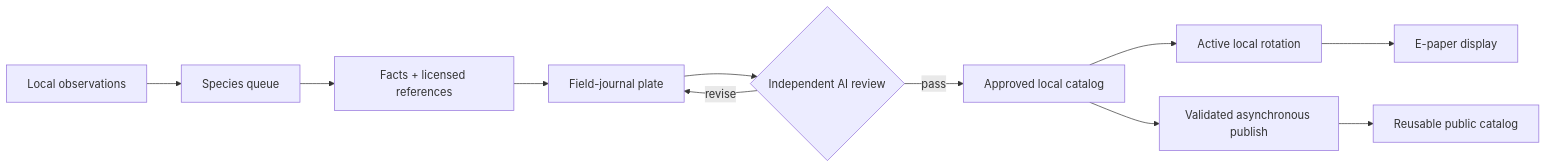
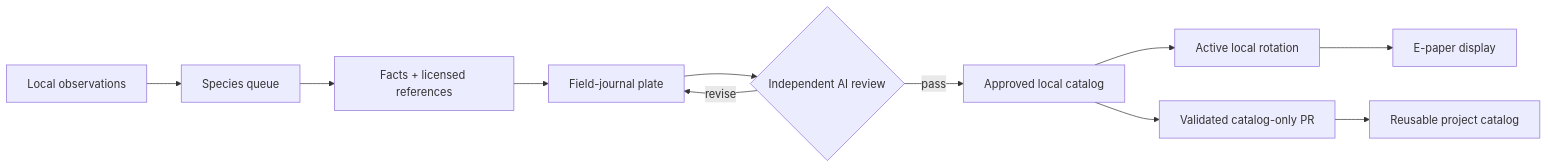
Before and after one commit to veteranbv/inky-bird-frame: the diagram in README.md, drawn with Mermaid. The commit also changed other lines of this file and 14 other files, not shown here.

Commit message:
Automate owner-only catalog publication and seeding

````diff
--- a/README.md
+++ b/README.md
@@ -29,13 +29,13 @@
 ```mermaid
 flowchart LR
     A["Local observations"] --> B["Species queue"]
     B --> C["Facts + licensed references"]
     C --> D["Field-journal plate"]
     D --> E{"Independent AI review"}
     E -->|pass| F["Approved local catalog"]
     E -->|revise| D
     F --> G["Active local rotation"]
     G --> H["E-paper display"]
-    F --> I["Validated asynchronous publish"]
-    I --> J["Reusable public catalog"]
+    F --> I["Validated catalog-only PR"]
+    I --> J["Reusable project catalog"]
 ```
````
